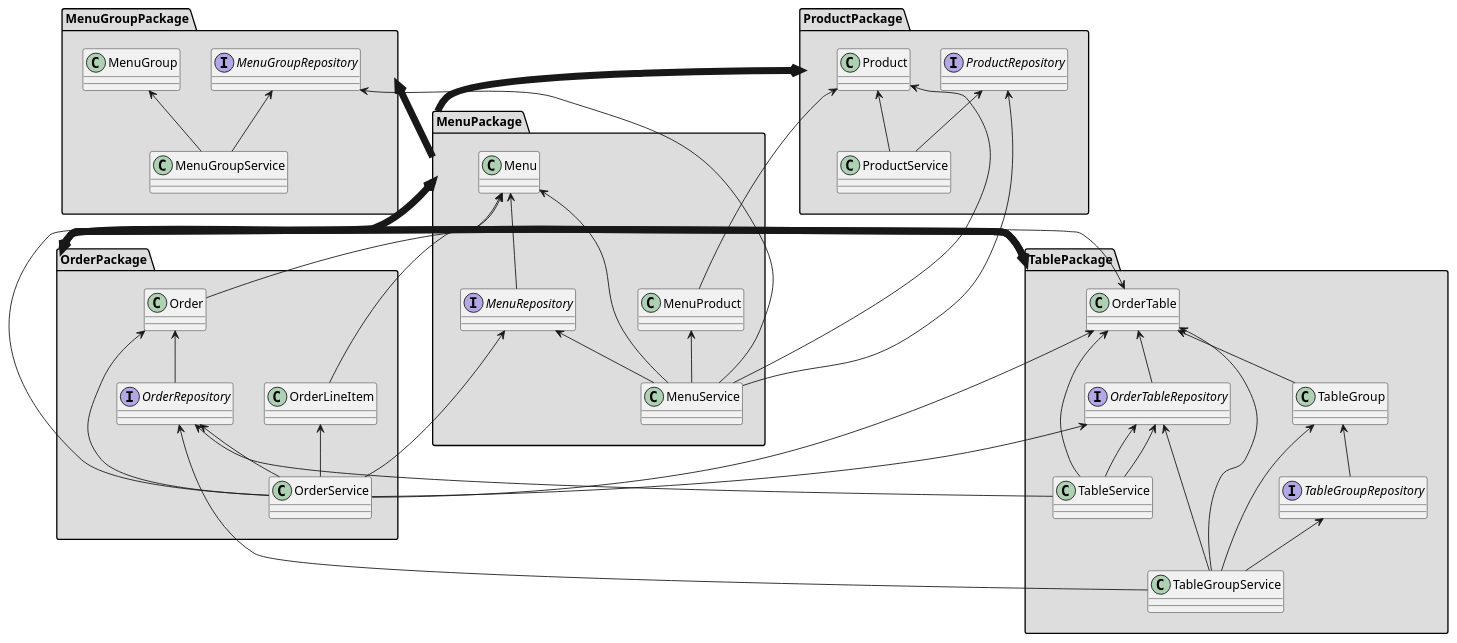
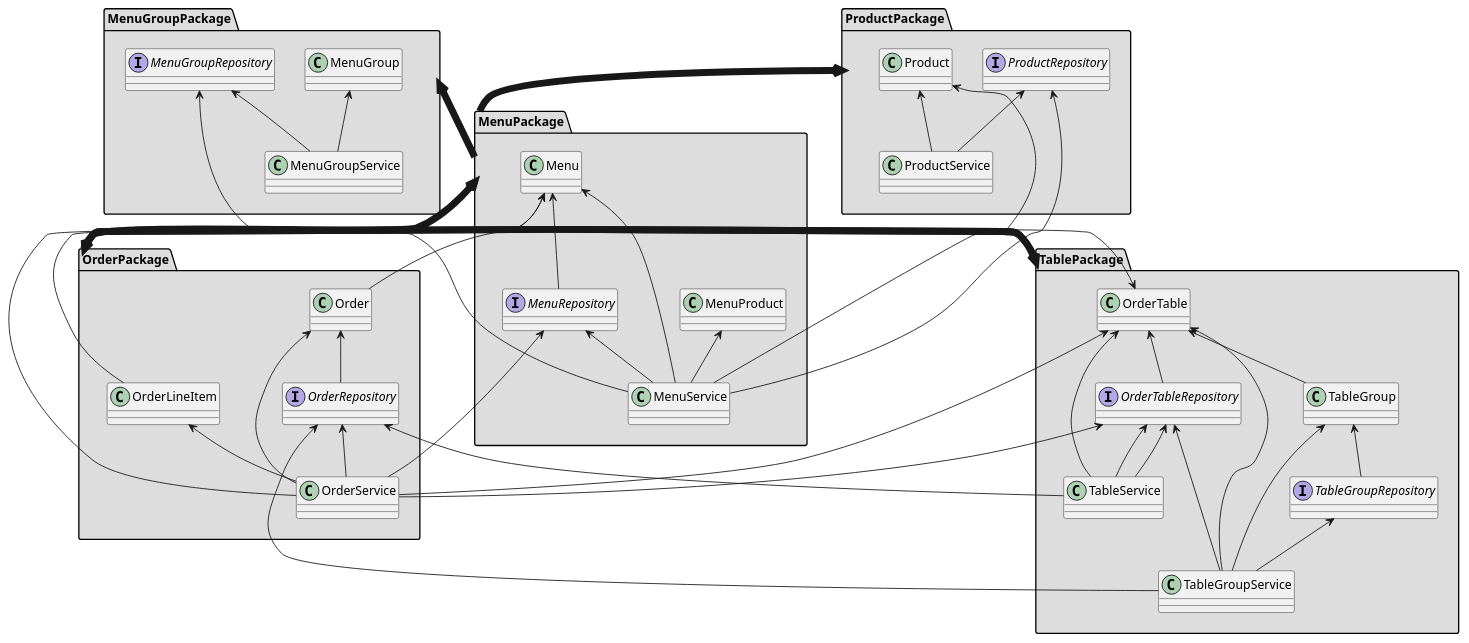
One commit to next-step/jwp-refactoring changed the diagram in markdown/uml.puml. Above: the diagram before and after it, drawn with PlantUML. The commit also changed 10 other files, not shown here.

Commit message:
refactor: 의존성제거 MenuGroup <- MenuService MenuGroup <- Menu Product <- MenuProduct

```diff
--- a/markdown/uml.puml
+++ b/markdown/uml.puml
@@ -1,86 +1,86 @@
 @startuml
 package MenuPackage #DDDDDD {
   class MenuService
   class Menu
   class MenuProduct
   interface MenuRepository
 }
 package MenuGroupPackage #DDDDDD {
   class MenuGroupService
   class MenuGroup
   interface MenuGroupRepository
 }
 package OrderPackage #DDDDDD {
   class OrderService
   class Order
   class OrderLineItem
   interface OrderRepository
 }
 package ProductPackage #DDDDDD {
   class ProductService
   class Product
   interface ProductRepository
 }
 package TablePackage #DDDDDD {
   class TableService
   class TableGroupService
   class OrderTable
   class TableGroup
   interface OrderTableRepository
   interface TableGroupRepository
 }
 
   ProductPackage <-[thickness=8]- MenuPackage
   MenuGroupPackage <-[thickness=8]- MenuPackage
   MenuPackage <-[thickness=8]- OrderPackage
   TablePackage <-[thickness=8]- OrderPackage
   OrderPackage <-[thickness=8]- TablePackage
 
 
   Menu <-- MenuService
   'MenuGroup <-- MenuService
   MenuGroupRepository <-- MenuService
   MenuProduct <-- MenuService
   MenuRepository <-- MenuService
   Product <-- MenuService
   ProductRepository <-- MenuService
 
   'MenuGroup <-- Menu
 
-  Product <-- MenuProduct
+  'Product <-- MenuProduct
 
   MenuGroup <-- MenuGroupService
   MenuGroupRepository <-- MenuGroupService
 
   OrderTable <-- Order
   Menu <-- OrderLineItem
 
   Menu <-- OrderService
   MenuRepository <-- OrderService
   Order <-- OrderService
   OrderLineItem <-- OrderService
   OrderRepository <-- OrderService
   OrderTable <-- OrderService
   OrderTableRepository <-- OrderService
 
   Product <-- ProductService
   ProductRepository <-- ProductService
 
   OrderTable <-- TableGroup
 
   OrderRepository <-- TableGroupService
   OrderTable <-- TableGroupService
   OrderTableRepository <-- TableGroupService
   TableGroup <-- TableGroupService
   TableGroupRepository <-- TableGroupService
 
   OrderRepository <-- TableService
   OrderTable <-- TableService
   OrderTableRepository <-- TableService
 
   TableGroup <-- TableGroupRepository
   Order <-- OrderRepository
   Menu <-- MenuRepository
   OrderTableRepository <-- TableService
   OrderTable <-- OrderTableRepository
 @enduml
```
